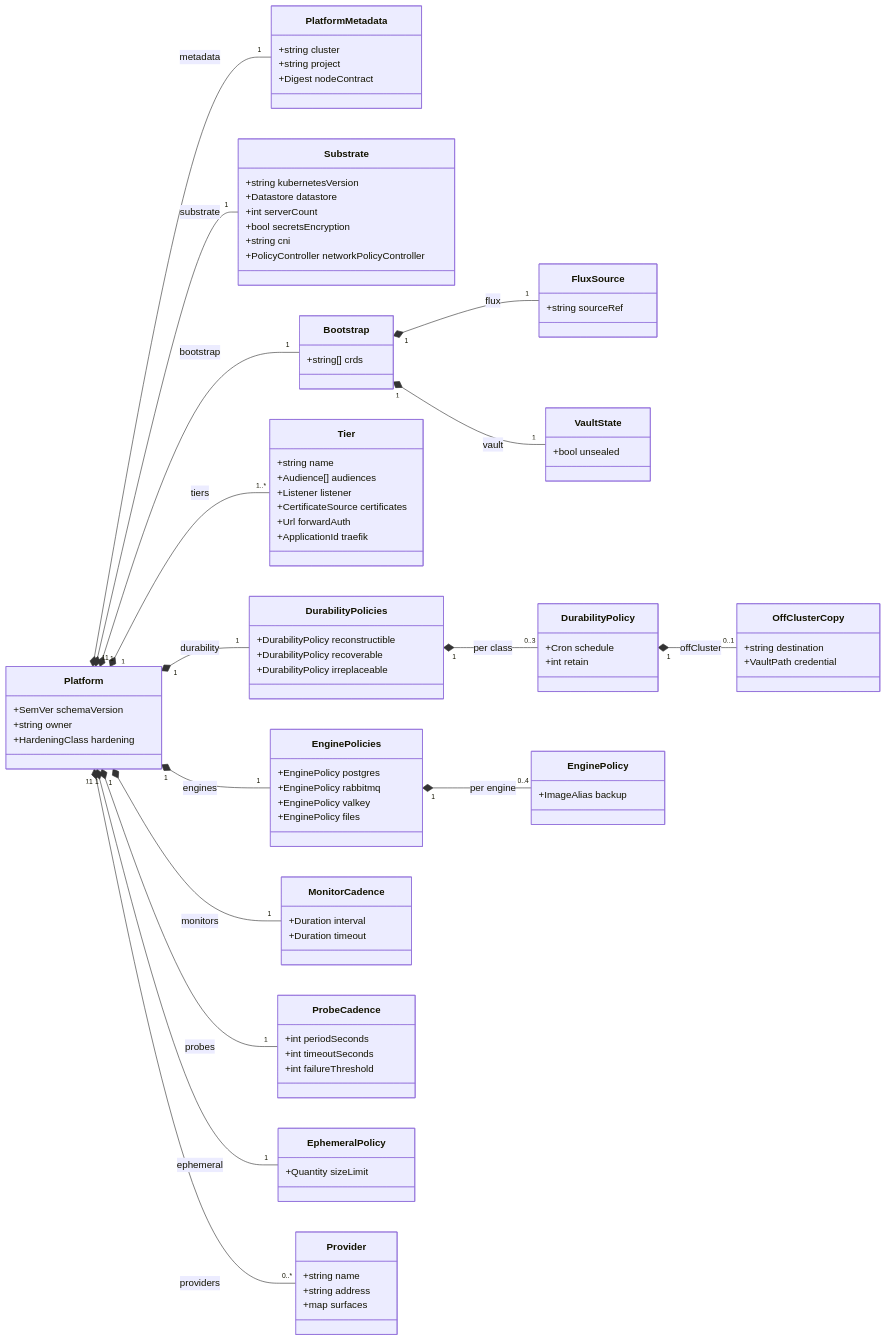
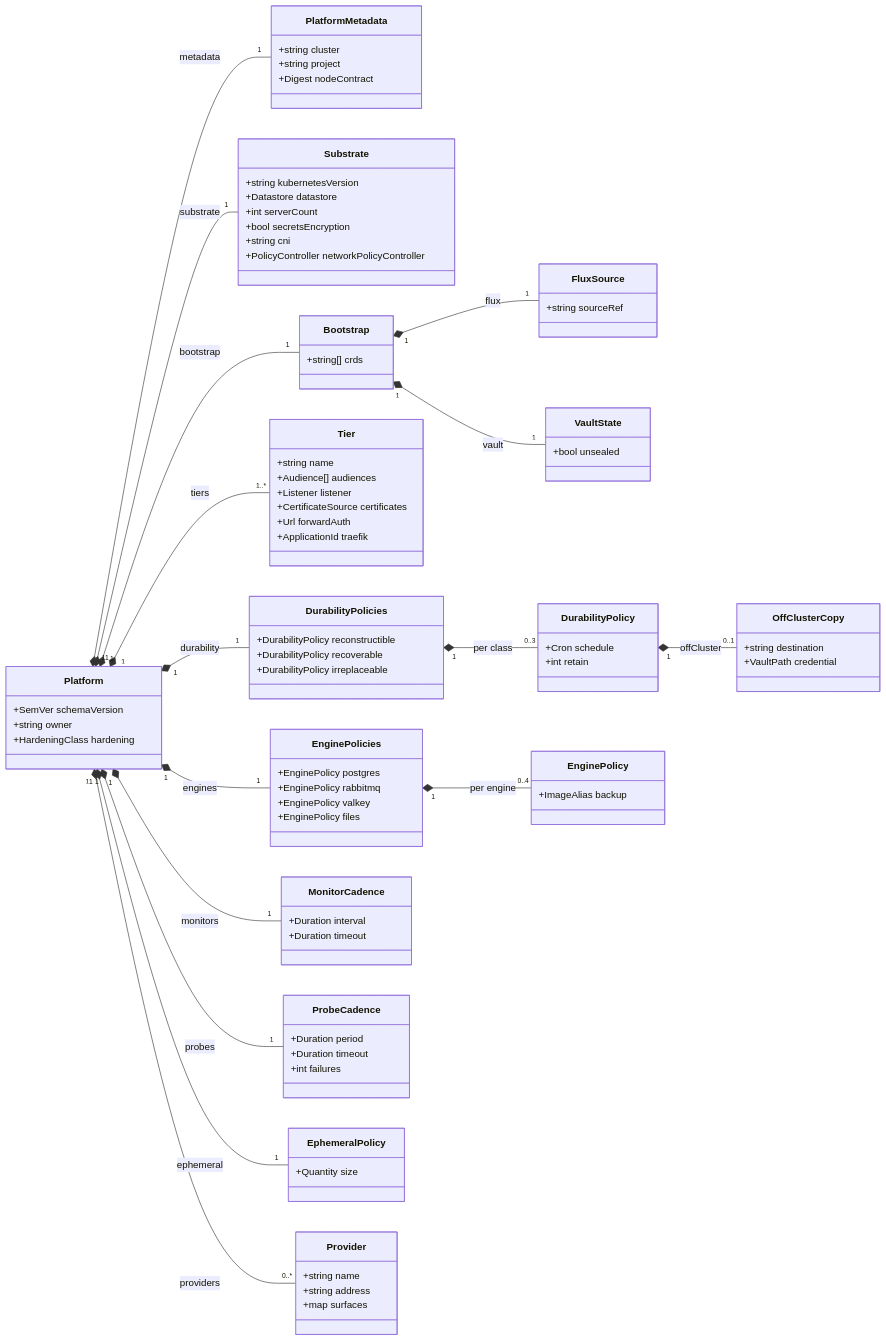
One commit to JorisJonkers-dev/deploy-kit changed the diagram in spec/v1/14-platform-intent.md. Above: the diagram before and after it, drawn with Mermaid. The commit also changed other lines of this file and 86 other files, not shown here.

```diff
--- a/spec/v1/14-platform-intent.md
+++ b/spec/v1/14-platform-intent.md
@@ -453,12 +464,12 @@
         +Duration timeout
     }
     class ProbeCadence {
-        +int periodSeconds
-        +int timeoutSeconds
-        +int failureThreshold
+        +Duration period
+        +Duration timeout
+        +int failures
     }
     class EphemeralPolicy {
-        +Quantity sizeLimit
+        +Quantity size
     }
     class Provider {
         +string name
```
